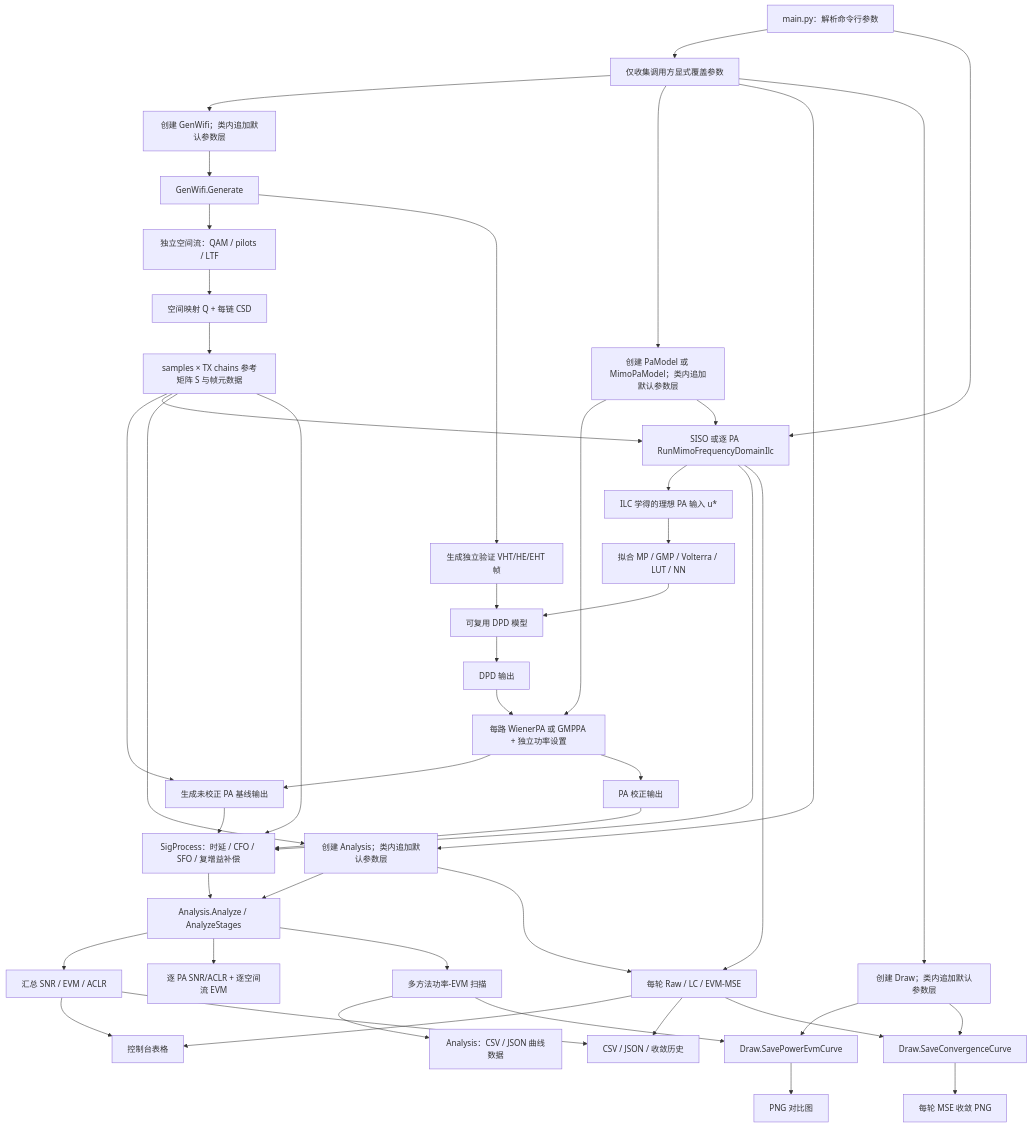
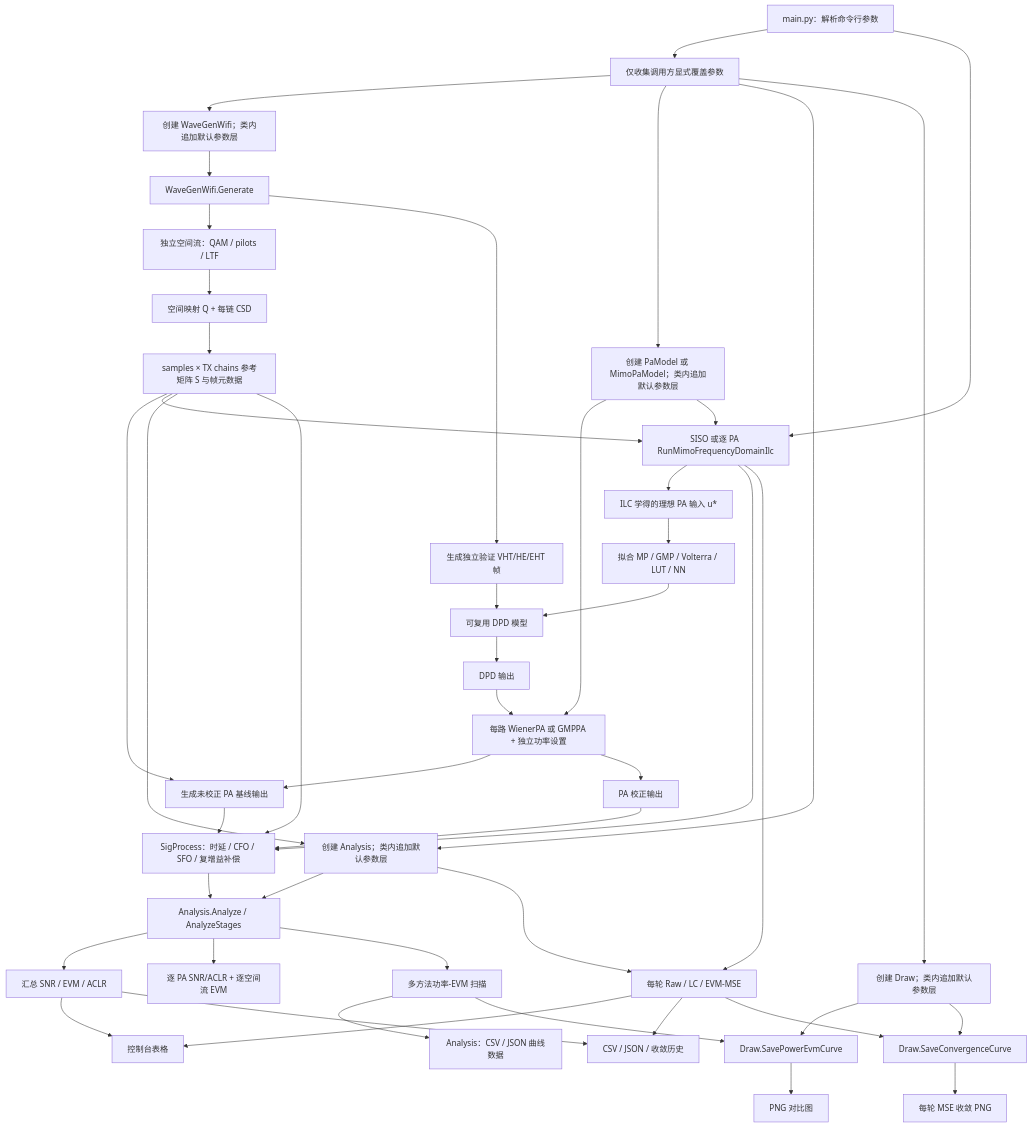
One commit to niyilu45/DPD_ILC changed the first of 9 diagrams in README.md. Above: the diagram before and after it, drawn with Mermaid. The commit also changed other lines of this file and 10 other files, not shown here.

````diff
--- a/README.md
+++ b/README.md
@@ -42,54 +42,54 @@
 ```mermaid
 flowchart TD
     start["main.py：解析命令行参数"] --> overrideMap["仅收集调用方显式覆盖参数"]
-    overrideMap --> wifiGenerator["创建 GenWifi；类内追加默认参数层"]
-    wifiGenerator --> waveGen["GenWifi.Generate"]
-    waveGen --> streams["独立空间流：QAM / pilots / LTF"]
+    overrideMap --> wifiGenerator["创建 WaveGenWifi；类内追加默认参数层"]
+    wifiGenerator --> waveGenWifi["WaveGenWifi.Generate"]
+    waveGenWifi --> streams["独立空间流：QAM / pilots / LTF"]
     streams --> spatialMap["空间映射 Q + 每链 CSD"]
     spatialMap --> reference["samples × TX chains 参考矩阵 S 与帧元数据"]
 
     overrideMap --> paModel["创建 PaModel 或 MimoPaModel；类内追加默认参数层"]
     paModel --> paImplementation["每路 WienerPA 或 GMPPA + 独立功率设置"]
     reference --> baseline["生成未校正 PA 基线输出"]
     paImplementation --> baseline
 
     start --> frequencyIlc["SISO 或逐 PA RunMimoFrequencyDomainIlc"]
     reference --> frequencyIlc
     paModel --> frequencyIlc
 
     frequencyIlc --> learnedInput["ILC 学得的理想 PA 输入 u*"]
     learnedInput --> deployFit["拟合 MP / GMP / Volterra / LUT / NN"]
     deployFit --> deployedDpd["可复用 DPD 模型"]
 
-    waveGen --> validation["生成独立验证 VHT/HE/EHT 帧"]
+    waveGenWifi --> validation["生成独立验证 VHT/HE/EHT 帧"]
     validation --> deployedDpd
     deployedDpd --> predistortedInput["DPD 输出"]
     predistortedInput --> paImplementation
     paImplementation --> correctedOutput["PA 校正输出"]
 
     overrideMap --> analysis["创建 Analysis；类内追加默认参数层"]
     reference --> analysis
     reference --> signalProcess["SigProcess：时延 / CFO / SFO / 复增益补偿"]
     baseline --> signalProcess
     frequencyIlc --> signalProcess
     correctedOutput --> signalProcess
     signalProcess --> analysisMethod["Analysis.Analyze / AnalyzeStages"]
     analysis --> analysisMethod
     analysisMethod --> metrics["汇总 SNR / EVM / ACLR"]
     analysisMethod --> mimoMetrics["逐 PA SNR/ACLR + 逐空间流 EVM"]
     analysisMethod --> powerCurve["多方法功率-EVM 扫描"]
     metrics --> console["控制台表格"]
     metrics --> files["CSV / JSON / 收敛历史"]
     frequencyIlc --> iterationMse["每轮 Raw / LC / EVM-MSE"]
     analysis --> iterationMse
     iterationMse --> console
     iterationMse --> files
     powerCurve --> curveData["Analysis：CSV / JSON 曲线数据"]
     overrideMap --> draw["创建 Draw；类内追加默认参数层"]
     powerCurve --> drawMethod["Draw.SavePowerEvmCurve"]
     draw --> drawMethod
     drawMethod --> curveFigure["PNG 对比图"]
     iterationMse --> convergenceDraw["Draw.SaveConvergenceCurve"]
     draw --> convergenceDraw
     convergenceDraw --> convergenceFigure["每轮 MSE 收敛 PNG"]
 ```
````
